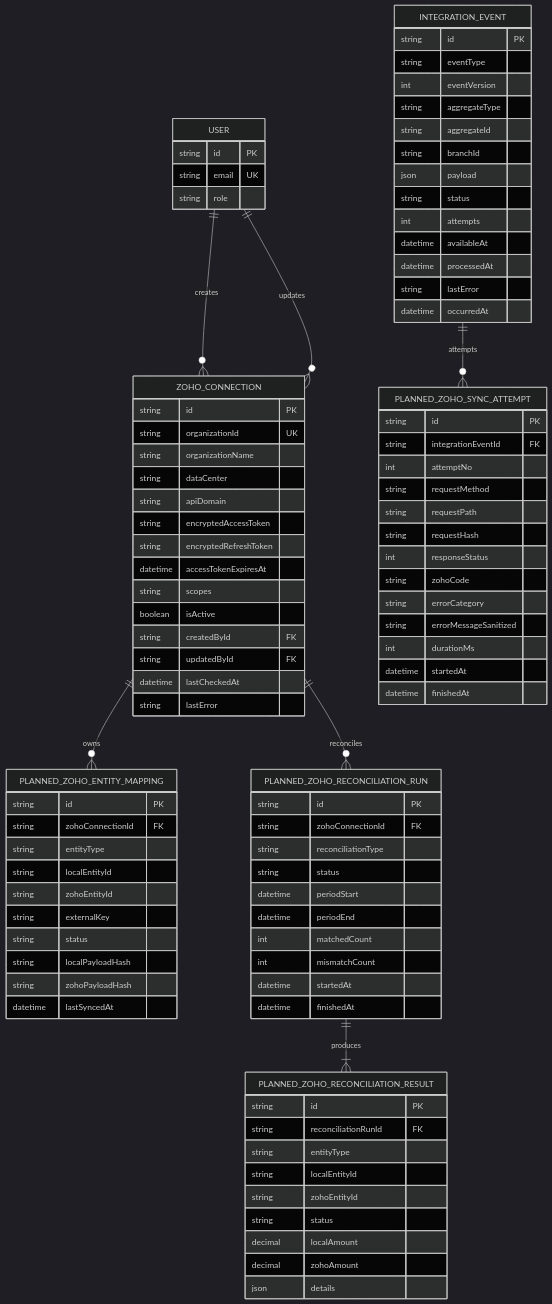
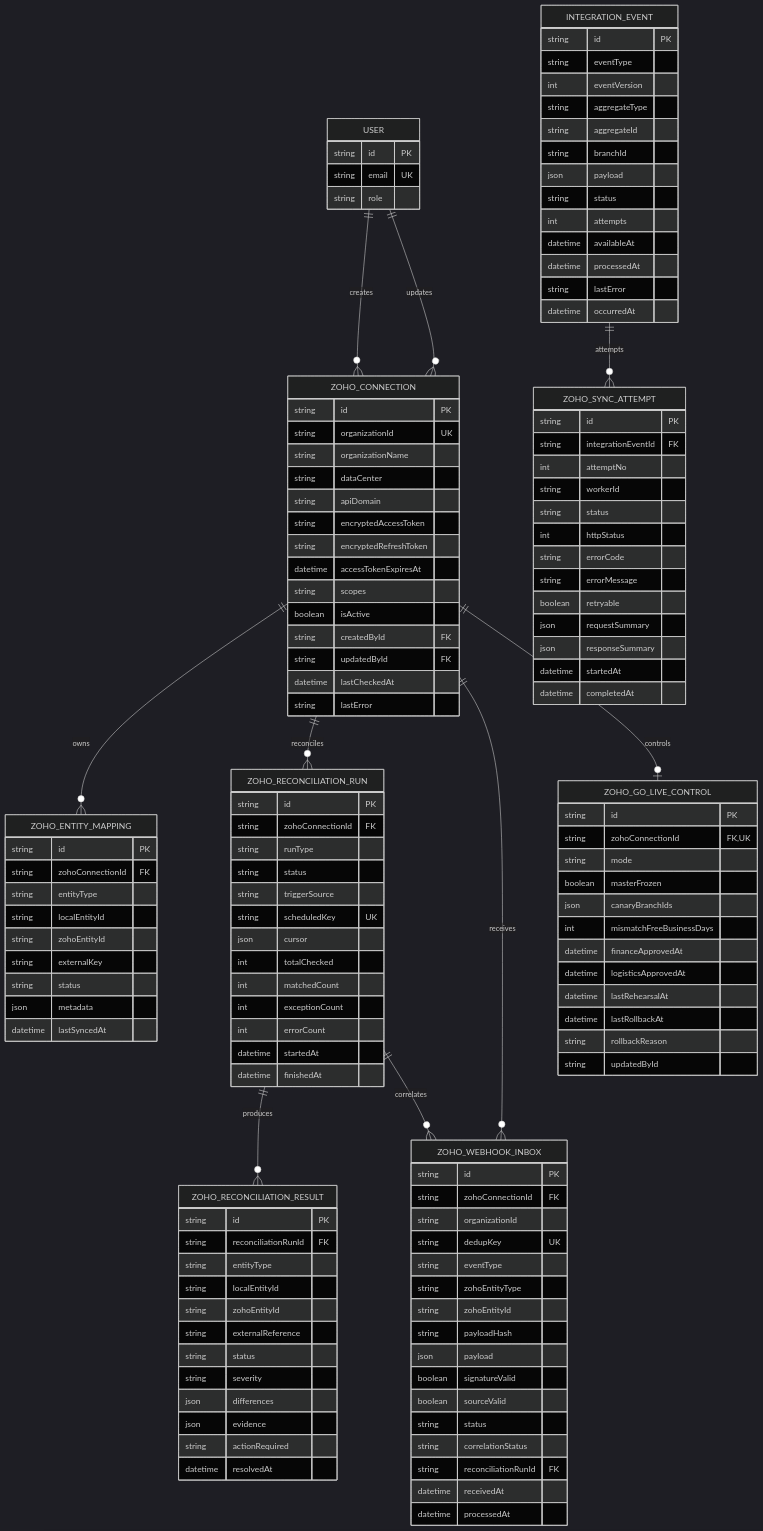
One commit to TatangSteam/RAHO_APPS changed the fifth of 7 diagrams in docs/updatelogisticnFinnance/ERD_FINANCE_LOGISTIK_MERMAID.md. Above: the diagram before and after it, drawn with Mermaid (dark theme). The commit also changed other lines of this file and 68 other files, not shown here.

````diff
--- a/docs/updatelogisticnFinnance/ERD_FINANCE_LOGISTIK_MERMAID.md
+++ b/docs/updatelogisticnFinnance/ERD_FINANCE_LOGISTIK_MERMAID.md
@@ -1298,7 +1331,7 @@
         datetime occurredAt
     }
 
-    PLANNED_ZOHO_ENTITY_MAPPING {
+    ZOHO_ENTITY_MAPPING {
         string id PK
         string zohoConnectionId FK
         string entityType
@@ -1306,56 +1339,98 @@
         string zohoEntityId
         string externalKey
         string status
-        string localPayloadHash
-        string zohoPayloadHash
+        json metadata
         datetime lastSyncedAt
     }
 
-    PLANNED_ZOHO_SYNC_ATTEMPT {
+    ZOHO_SYNC_ATTEMPT {
         string id PK
         string integrationEventId FK
         int attemptNo
-        string requestMethod
-        string requestPath
-        string requestHash
-        int responseStatus
-        string zohoCode
-        string errorCategory
-        string errorMessageSanitized
-        int durationMs
+        string workerId
+        string status
+        int httpStatus
+        string errorCode
+        string errorMessage
+        boolean retryable
+        json requestSummary
+        json responseSummary
+        datetime startedAt
+        datetime completedAt
+    }
+
+    ZOHO_RECONCILIATION_RUN {
+        string id PK
+        string zohoConnectionId FK
+        string runType
+        string status
+        string triggerSource
+        string scheduledKey UK
+        json cursor
+        int totalChecked
+        int matchedCount
+        int exceptionCount
+        int errorCount
         datetime startedAt
         datetime finishedAt
     }
 
-    PLANNED_ZOHO_RECONCILIATION_RUN {
-        string id PK
-        string zohoConnectionId FK
-        string reconciliationType
-        string status
-        datetime periodStart
-        datetime periodEnd
-        int matchedCount
-        int mismatchCount
-        datetime startedAt
-        datetime finishedAt
-    }
-
-    PLANNED_ZOHO_RECONCILIATION_RESULT {
+    ZOHO_RECONCILIATION_RESULT {
         string id PK
         string reconciliationRunId FK
         string entityType
         string localEntityId
         string zohoEntityId
+        string externalReference
         string status
-        decimal localAmount
-        decimal zohoAmount
-        json details
+        string severity
+        json differences
+        json evidence
+        string actionRequired
+        datetime resolvedAt
+    }
+
+    ZOHO_WEBHOOK_INBOX {
+        string id PK
+        string zohoConnectionId FK
+        string organizationId
+        string dedupKey UK
+        string eventType
+        string zohoEntityType
+        string zohoEntityId
+        string payloadHash
+        json payload
+        boolean signatureValid
+        boolean sourceValid
+        string status
+        string correlationStatus
+        string reconciliationRunId FK
+        datetime receivedAt
+        datetime processedAt
+    }
+
+    ZOHO_GO_LIVE_CONTROL {
+        string id PK
+        string zohoConnectionId FK,UK
+        string mode
+        boolean masterFrozen
+        json canaryBranchIds
+        int mismatchFreeBusinessDays
+        datetime financeApprovedAt
+        datetime logisticsApprovedAt
+        datetime lastRehearsalAt
+        datetime lastRollbackAt
+        string rollbackReason
+        string updatedById
     }
 
     USER ||--o{ ZOHO_CONNECTION : creates
     USER ||--o{ ZOHO_CONNECTION : updates
-    ZOHO_CONNECTION ||--o{ PLANNED_ZOHO_ENTITY_MAPPING : owns
-    INTEGRATION_EVENT ||--o{ PLANNED_ZOHO_SYNC_ATTEMPT : attempts
-    ZOHO_CONNECTION ||--o{ PLANNED_ZOHO_RECONCILIATION_RUN : reconciles
-    PLANNED_ZOHO_RECONCILIATION_RUN ||--|{ PLANNED_ZOHO_RECONCILIATION_RESULT : produces
+    ZOHO_CONNECTION ||--o{ ZOHO_ENTITY_MAPPING : owns
+    INTEGRATION_EVENT ||--o{ ZOHO_SYNC_ATTEMPT : attempts
+    ZOHO_CONNECTION ||--o{ ZOHO_RECONCILIATION_RUN : reconciles
+    ZOHO_RECONCILIATION_RUN ||--o{ ZOHO_RECONCILIATION_RESULT : produces
+    ZOHO_CONNECTION ||--o{ ZOHO_WEBHOOK_INBOX : receives
+    ZOHO_RECONCILIATION_RUN ||--o{ ZOHO_WEBHOOK_INBOX : correlates
+    ZOHO_CONNECTION ||--o| ZOHO_GO_LIVE_CONTROL : controls
 ```
````
